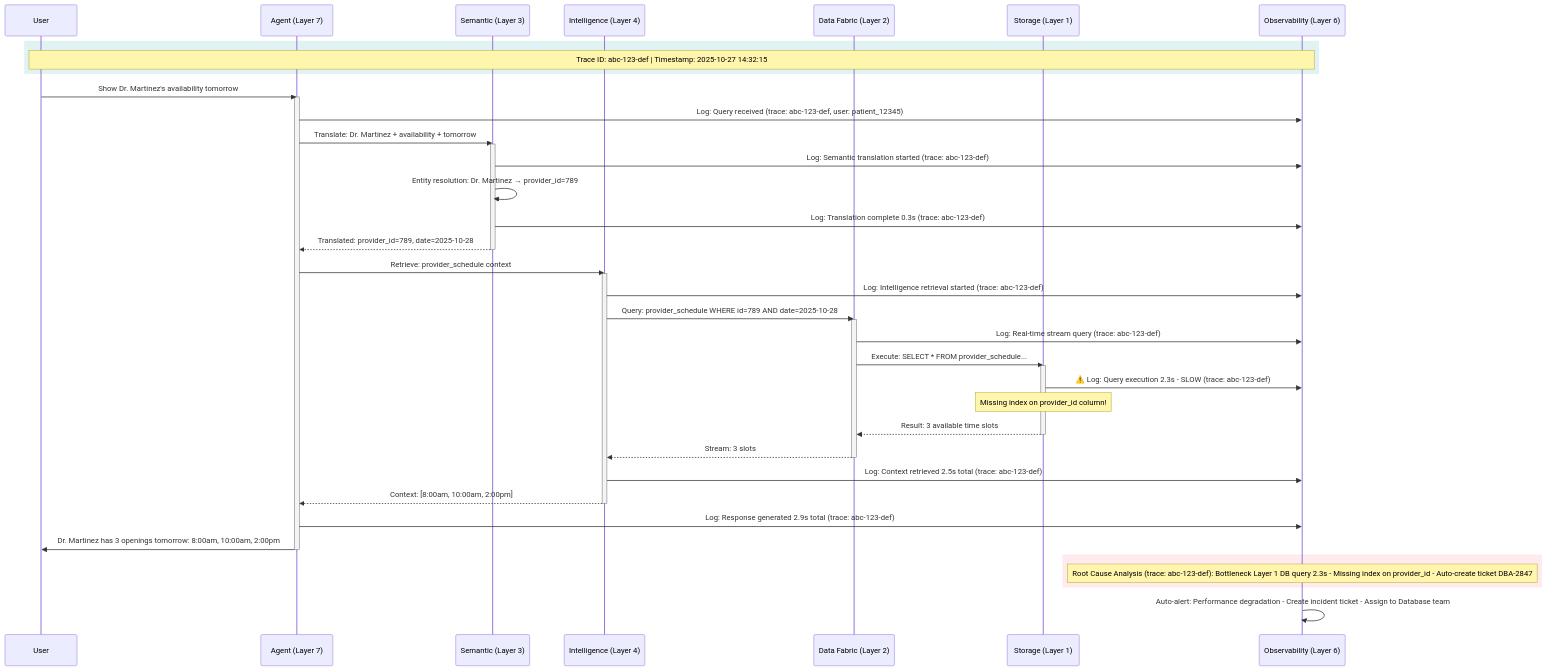
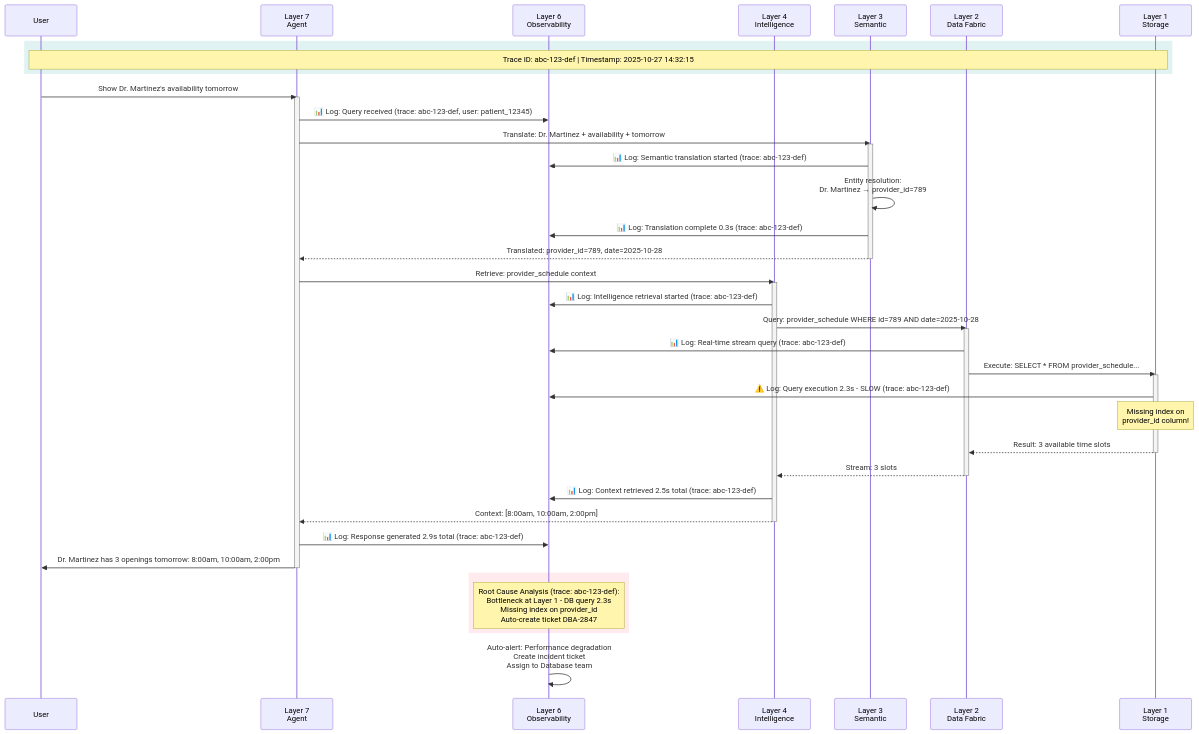
Before and after one commit to colaberry/enterprise-data-readiness-ai-agents: the fourth of 11 diagrams in chapter-02/chapter_2_complete.md, drawn with Mermaid. The commit also changed other lines of this file, not shown here.

Commit message:
fixing chapter 2 diagrams
fixing chapter 2 diagrams

````diff
--- a/chapter-02/chapter_2_complete.md
+++ b/chapter-02/chapter_2_complete.md
@@ -475,54 +475,54 @@
 ```mermaid
 sequenceDiagram
     participant U as User
-    participant A as Agent (Layer 7)
-    participant S as Semantic (Layer 3)
-    participant I as Intelligence (Layer 4)
-    participant D as Data Fabric (Layer 2)
-    participant DB as Storage (Layer 1)
-    participant O as Observability (Layer 6)
+    participant L7 as Layer 7<br/>Agent
+    participant L6 as Layer 6<br/>Observability
+    participant L4 as Layer 4<br/>Intelligence
+    participant L3 as Layer 3<br/>Semantic
+    participant L2 as Layer 2<br/>Data Fabric
+    participant L1 as Layer 1<br/>Storage
     
     rect rgb(224, 242, 241)
-        Note over U,O: Trace ID: abc-123-def | Timestamp: 2025-10-27 14:32:15
+        Note over U,L1: Trace ID: abc-123-def | Timestamp: 2025-10-27 14:32:15
     end
     
-    U->>A: Show Dr. Martinez's availability tomorrow
-    activate A
-    A->>O: Log: Query received (trace: abc-123-def, user: patient_12345)
+    U->>L7: Show Dr. Martinez's availability tomorrow
+    activate L7
+    L7->>L6: 📊 Log: Query received (trace: abc-123-def, user: patient_12345)
     
-    A->>S: Translate: Dr. Martinez + availability + tomorrow
-    activate S
-    S->>O: Log: Semantic translation started (trace: abc-123-def)
-    S->>S: Entity resolution: Dr. Martinez → provider_id=789
-    S->>O: Log: Translation complete 0.3s (trace: abc-123-def)
-    S-->>A: Translated: provider_id=789, date=2025-10-28
-    deactivate S
+    L7->>L3: Translate: Dr. Martinez + availability + tomorrow
+    activate L3
+    L3->>L6: 📊 Log: Semantic translation started (trace: abc-123-def)
+    L3->>L3: Entity resolution:<br/>Dr. Martinez → provider_id=789
+    L3->>L6: 📊 Log: Translation complete 0.3s (trace: abc-123-def)
+    L3-->>L7: Translated: provider_id=789, date=2025-10-28
+    deactivate L3
     
-    A->>I: Retrieve: provider_schedule context
-    activate I
-    I->>O: Log: Intelligence retrieval started (trace: abc-123-def)
-    I->>D: Query: provider_schedule WHERE id=789 AND date=2025-10-28
-    activate D
-    D->>O: Log: Real-time stream query (trace: abc-123-def)
-    D->>DB: Execute: SELECT * FROM provider_schedule...
-    activate DB
-    DB->>O: ⚠️ Log: Query execution 2.3s - SLOW (trace: abc-123-def)
-    Note over DB: Missing index on provider_id column!
-    DB-->>D: Result: 3 available time slots
-    deactivate DB
-    D-->>I: Stream: 3 slots
-    deactivate D
-    I->>O: Log: Context retrieved 2.5s total (trace: abc-123-def)
-    I-->>A: Context: [8:00am, 10:00am, 2:00pm]
-    deactivate I
+    L7->>L4: Retrieve: provider_schedule context
+    activate L4
+    L4->>L6: 📊 Log: Intelligence retrieval started (trace: abc-123-def)
+    L4->>L2: Query: provider_schedule WHERE id=789 AND date=2025-10-28
+    activate L2
+    L2->>L6: 📊 Log: Real-time stream query (trace: abc-123-def)
+    L2->>L1: Execute: SELECT * FROM provider_schedule...
+    activate L1
+    L1->>L6: ⚠️ Log: Query execution 2.3s - SLOW (trace: abc-123-def)
+    Note over L1: Missing index on<br/>provider_id column!
+    L1-->>L2: Result: 3 available time slots
+    deactivate L1
+    L2-->>L4: Stream: 3 slots
+    deactivate L2
+    L4->>L6: 📊 Log: Context retrieved 2.5s total (trace: abc-123-def)
+    L4-->>L7: Context: [8:00am, 10:00am, 2:00pm]
+    deactivate L4
     
-    A->>O: Log: Response generated 2.9s total (trace: abc-123-def)
-    A->>U: Dr. Martinez has 3 openings tomorrow: 8:00am, 10:00am, 2:00pm
-    deactivate A
+    L7->>L6: 📊 Log: Response generated 2.9s total (trace: abc-123-def)
+    L7->>U: Dr. Martinez has 3 openings tomorrow: 8:00am, 10:00am, 2:00pm
+    deactivate L7
     
     rect rgb(255, 235, 238)
-        Note over O: Root Cause Analysis (trace: abc-123-def): Bottleneck Layer 1 DB query 2.3s - Missing index on provider_id - Auto-create ticket DBA-2847
+        Note over L6: Root Cause Analysis (trace: abc-123-def):<br/>Bottleneck at Layer 1 - DB query 2.3s<br/>Missing index on provider_id<br/>Auto-create ticket DBA-2847
     end
     
-    O->>O: Auto-alert: Performance degradation - Create incident ticket - Assign to Database team
+    L6->>L6: Auto-alert: Performance degradation<br/>Create incident ticket<br/>Assign to Database team
 ```
````
